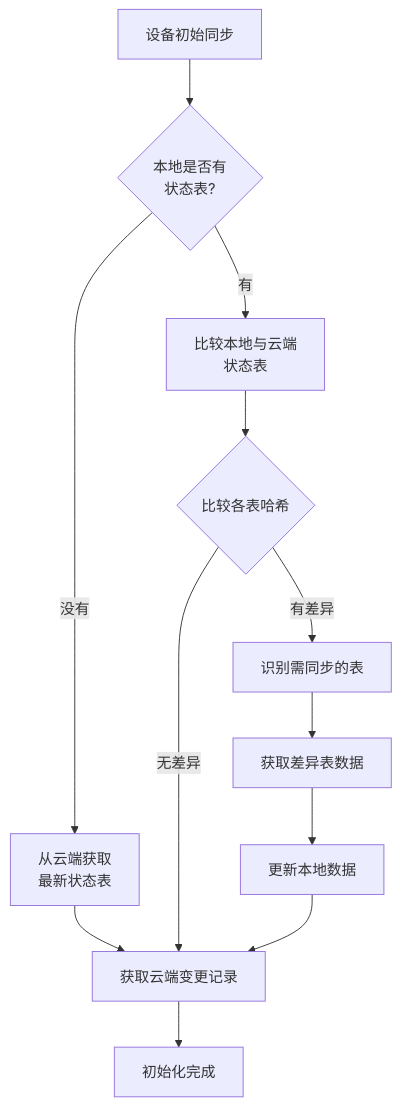
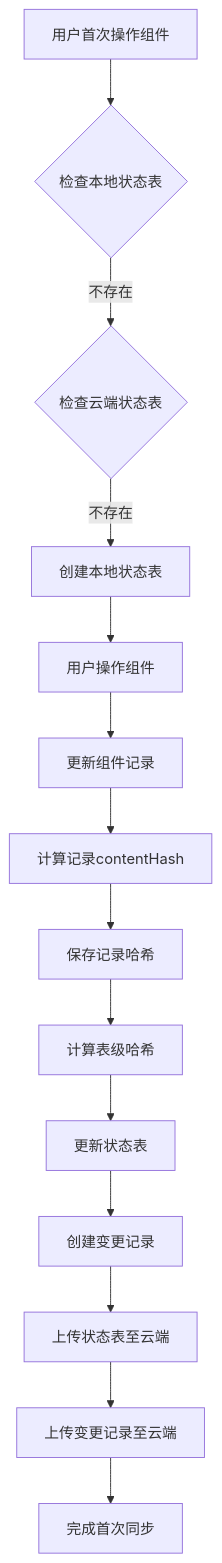
One commit to yingjianzh/iodraw-files changed the diagram in all/未命名-42.md. Above: the diagram before and after it, drawn with Mermaid.

Commit message:
2025-04-24 15:40:06 update

````diff
--- a/all/未命名-42.md
+++ b/all/未命名-42.md
@@ -1,19 +1,21 @@
 ```mermaid
 flowchart TD
-    Start[设备初始同步] --> CheckLocalState{本地是否有\n状态表?}
+    Start[用户首次操作组件] --> CheckLocalState{检查本地状态表}
+    CheckLocalState -- 不存在 --> CheckCloudState{检查云端状态表}
     
-    CheckLocalState -- 没有 --> FetchCloudState[从云端获取\n最新状态表]
-    CheckLocalState -- 有 --> CompareCloudState[比较本地与云端\n状态表]
+    CheckCloudState -- 不存在 --> CreateLocalState[创建本地状态表]
+    CreateLocalState --> FirstOperation[用户操作组件]
     
-    FetchCloudState --> FetchChangeRecords[获取云端变更记录]
-    CompareCloudState --> TableDifference{比较各表哈希}
+    FirstOperation --> UpdateRecord[更新组件记录]
+    UpdateRecord --> CalculateHash[计算记录contentHash]
+    CalculateHash --> SaveRecordHash[保存记录哈希]
     
-    TableDifference -- 有差异 --> IdentifyTables[识别需同步的表]
-    TableDifference -- 无差异 --> FetchChangeRecords
+    SaveRecordHash --> CalculateTableHash[计算表级哈希]
+    CalculateTableHash --> UpdateStateTable[更新状态表]
     
-    IdentifyTables --> FetchTableData[获取差异表数据]
-    FetchTableData --> UpdateLocalData[更新本地数据]
-    UpdateLocalData --> FetchChangeRecords
+    UpdateStateTable --> CreateChange[创建变更记录]
+    CreateChange --> UploadState[上传状态表至云端]
+    UploadState --> UploadChanges[上传变更记录至云端]
     
-    FetchChangeRecords --> End[初始化完成]
+    UploadChanges --> CompleteFirstSync[完成首次同步]
 ```
````
